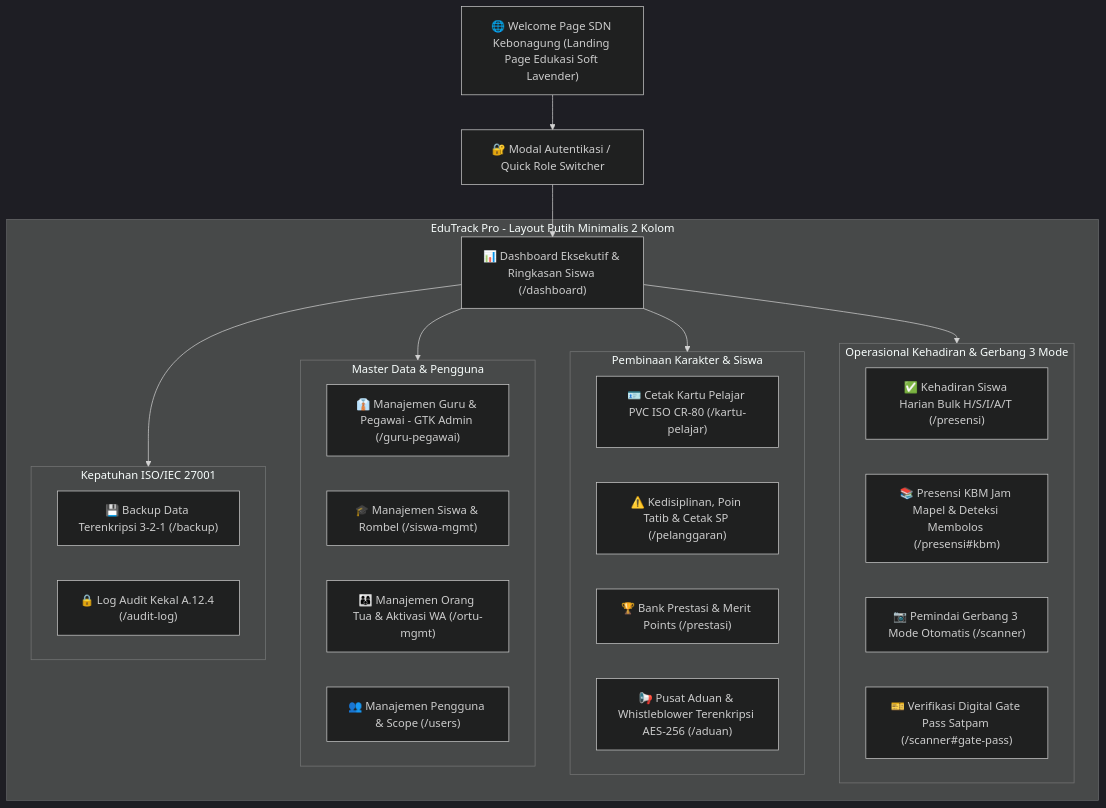
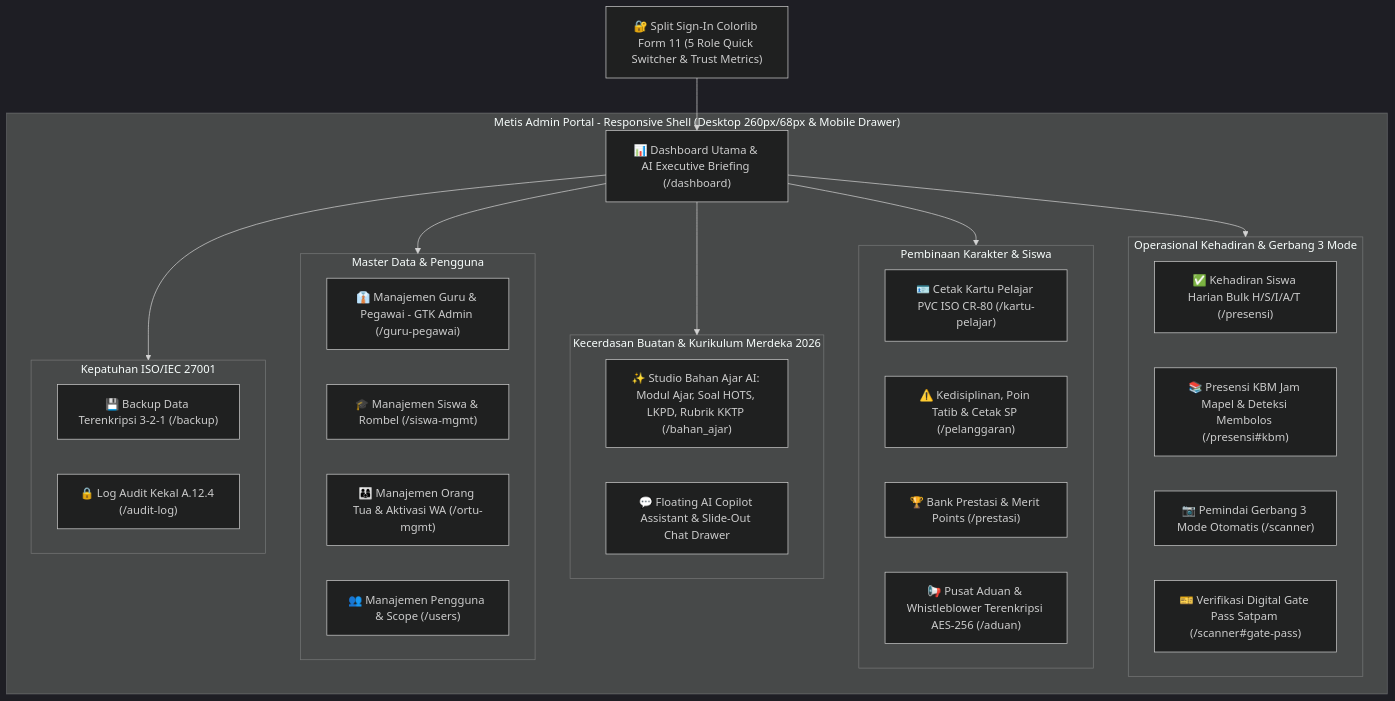
The diagram in plan/docs/05_DESIGN_UI.md (benny-abdullah/school_app), drawn with Mermaid (dark theme) before and after one commit. The commit also changed other lines of this file and 7 other files, not shown here.

Commit message:
feat(ai): integrate AI Teaching Studio, Floating Copilot, and synchronize plan docs with Metis Bootstrap 5 design

````diff
--- a/plan/docs/05_DESIGN_UI.md
+++ b/plan/docs/05_DESIGN_UI.md
@@ -14,39 +14,42 @@
 ```mermaid
 graph TD
-    WELCOME["🌐 Welcome Page SDN Kebonagung (Landing Page Edukasi Soft Lavender)"]
-    LOGIN["🔐 Modal Autentikasi / Quick Role Switcher"]
+    LOGIN["🔐 Split Sign-In Colorlib Form 11 (5 Role Quick Switcher & Trust Metrics)"]
 
-    subgraph Internal_Portal ["EduTrack Pro - Layout Putih Minimalis 2 Kolom"]
-        DASH["📊 Dashboard Eksekutif & Ringkasan Siswa (/dashboard)"]
+    subgraph Internal_Portal ["Metis Admin Portal - Responsive Shell (Desktop 260px/68px & Mobile Drawer)"]
+        DASH["📊 Dashboard Utama & AI Executive Briefing (/dashboard)"]
         
         subgraph Modul_Presensi ["Operasional Kehadiran & Gerbang 3 Mode"]
             ATT_DAY["✅ Kehadiran Siswa Harian Bulk H/S/I/A/T (/presensi)"]
             ATT_KBM["📚 Presensi KBM Jam Mapel & Deteksi Membolos (/presensi#kbm)"]
             SCAN_3M["📷 Pemindai Gerbang 3 Mode Otomatis (/scanner)"]
             GATE_PASS["🎫 Verifikasi Digital Gate Pass Satpam (/scanner#gate-pass)"]
         end
 
         subgraph Modul_Kesiswaan ["Pembinaan Karakter & Siswa"]
             CARD_GEN["🪪 Cetak Kartu Pelajar PVC ISO CR-80 (/kartu-pelajar)"]
             TATIB["⚠️ Kedisiplinan, Poin Tatib & Cetak SP (/pelanggaran)"]
             PRESTASI["🏆 Bank Prestasi & Merit Points (/prestasi)"]
             WHISTLE["📢 Pusat Aduan & Whistleblower Terenkripsi AES-256 (/aduan)"]
         end
 
+        subgraph Modul_AI ["Kecerdasan Buatan & Kurikulum Merdeka 2026"]
+            AI_STUDIO["✨ Studio Bahan Ajar AI: Modul Ajar, Soal HOTS, LKPD, Rubrik KKTP (/bahan_ajar)"]
+            AI_COPILOT["💬 Floating AI Copilot Assistant & Slide-Out Chat Drawer"]
+        end
+
         subgraph Modul_Master ["Master Data & Pengguna"]
             GTK["👔 Manajemen Guru & Pegawai - GTK Admin (/guru-pegawai)"]
             SISWA["🎓 Manajemen Siswa & Rombel (/siswa-mgmt)"]
             ORTU["👨‍👩‍👦 Manajemen Orang Tua & Aktivasi WA (/ortu-mgmt)"]
             USERS["👥 Manajemen Pengguna & Scope (/users)"]
         end
 
         subgraph Modul_Keamanan ["Kepatuhan ISO/IEC 27001"]
             BACKUP["💾 Backup Data Terenkripsi 3-2-1 (/backup)"]
             AUDIT["🔒 Log Audit Kekal A.12.4 (/audit-log)"]
         end
     end
 
-    WELCOME --> LOGIN
     LOGIN --> DASH
-    DASH --> Modul_Presensi & Modul_Kesiswaan & Modul_Master & Modul_Keamanan
+    DASH --> Modul_Presensi & Modul_Kesiswaan & Modul_AI & Modul_Master & Modul_Keamanan
 ```
````
